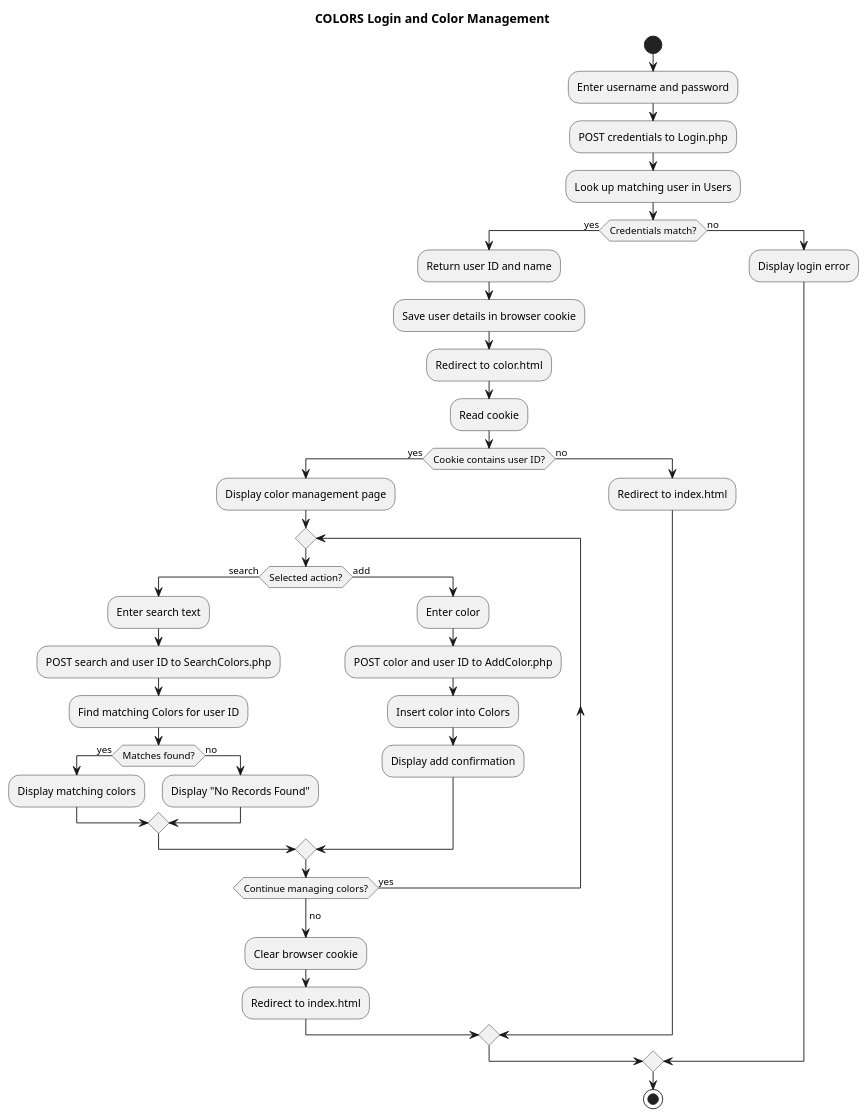
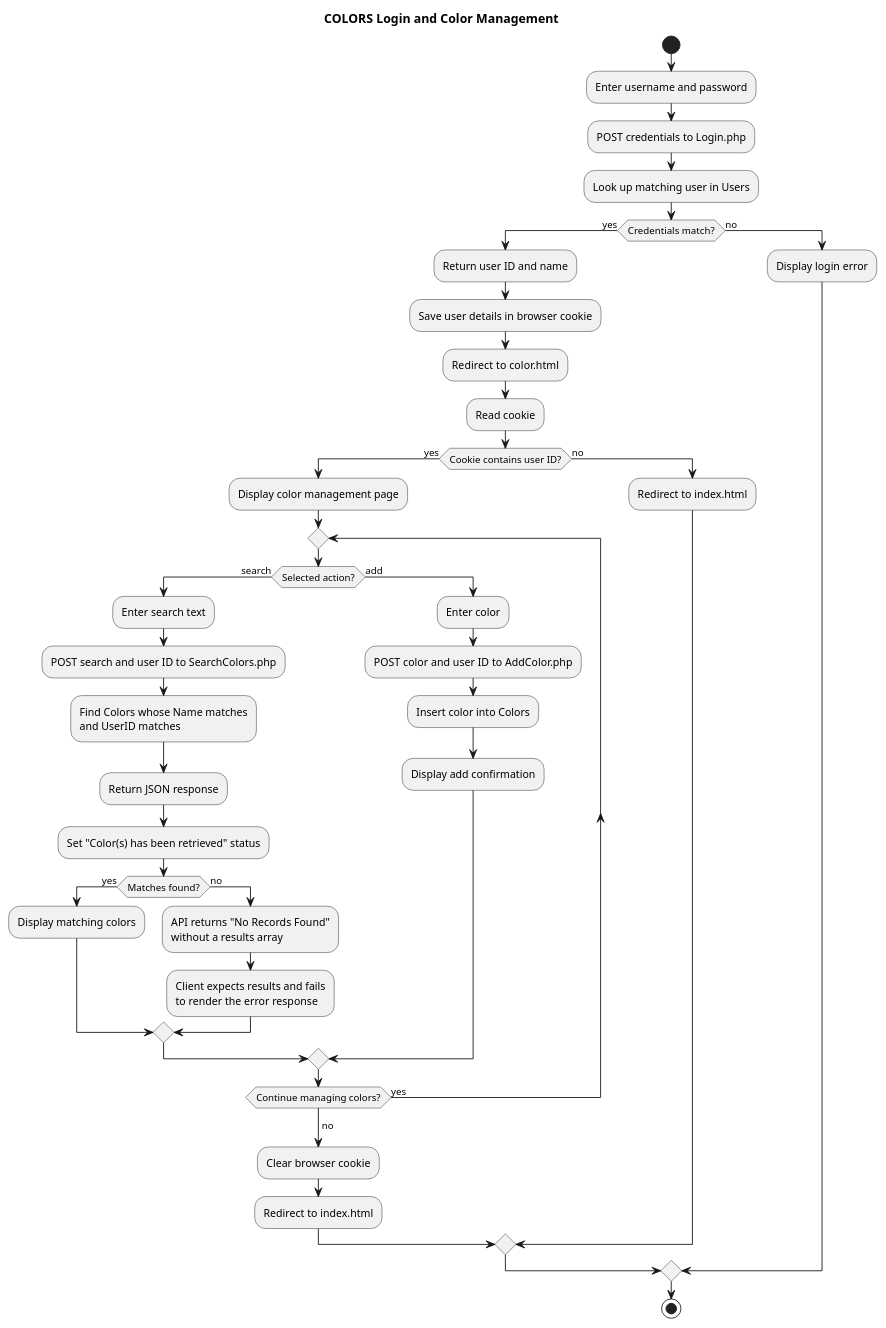
Before and after one commit to MelindaM4y/POOSD-COLORS-Lab: the diagram in docs/uml/activity.puml, drawn with PlantUML. The commit also changed 1 other file, not shown here.

Commit message:
Align activity UML diagram with LAMP handout

```diff
--- a/docs/uml/activity.puml
+++ b/docs/uml/activity.puml
@@ -1,45 +1,48 @@
 @startuml
 !pragma layout smetana
 title COLORS Login and Color Management
 
 start
 :Enter username and password;
 :POST credentials to Login.php;
 :Look up matching user in Users;
 
 if (Credentials match?) then (yes)
   :Return user ID and name;
   :Save user details in browser cookie;
   :Redirect to color.html;
   :Read cookie;
   if (Cookie contains user ID?) then (yes)
     :Display color management page;
     repeat
       if (Selected action?) then (search)
         :Enter search text;
         :POST search and user ID to SearchColors.php;
-        :Find matching Colors for user ID;
+        :Find Colors whose Name matches\nand UserID matches;
+        :Return JSON response;
+        :Set "Color(s) has been retrieved" status;
         if (Matches found?) then (yes)
           :Display matching colors;
         else (no)
-          :Display "No Records Found";
+          :API returns "No Records Found"\nwithout a results array;
+          :Client expects results and fails\nto render the error response;
         endif
       else (add)
         :Enter color;
         :POST color and user ID to AddColor.php;
         :Insert color into Colors;
         :Display add confirmation;
       endif
     repeat while (Continue managing colors?) is (yes)
     -> no;
     :Clear browser cookie;
     :Redirect to index.html;
   else (no)
     :Redirect to index.html;
   endif
 else (no)
   :Display login error;
 endif
 
 stop
 @enduml
```
